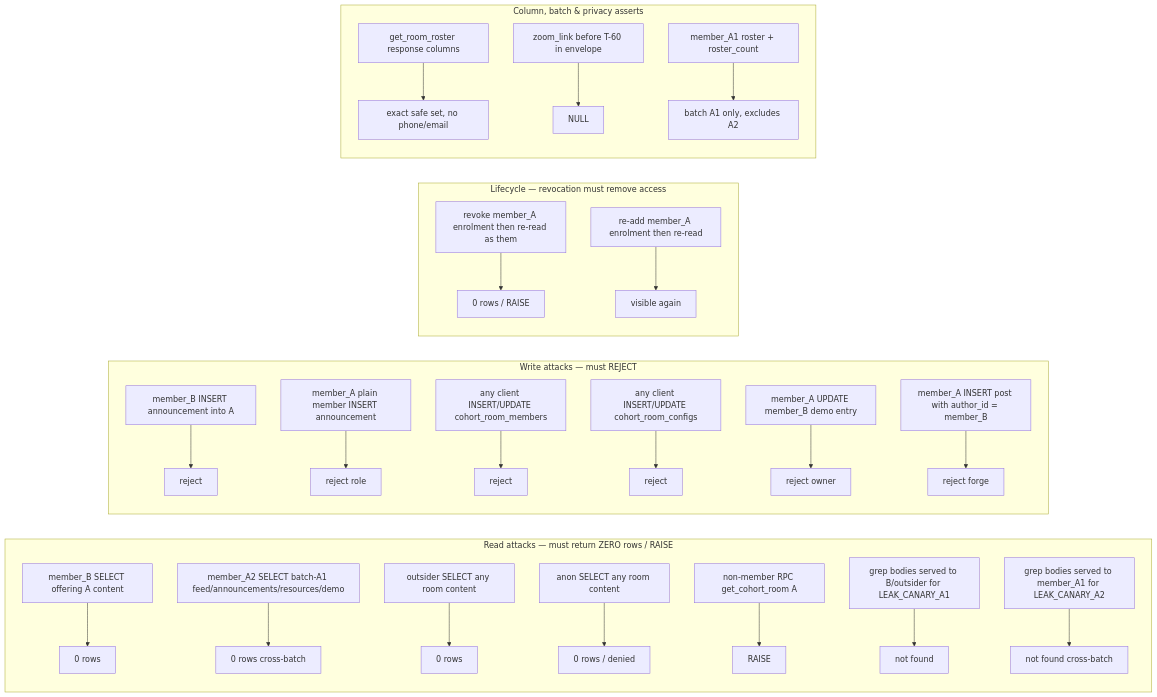
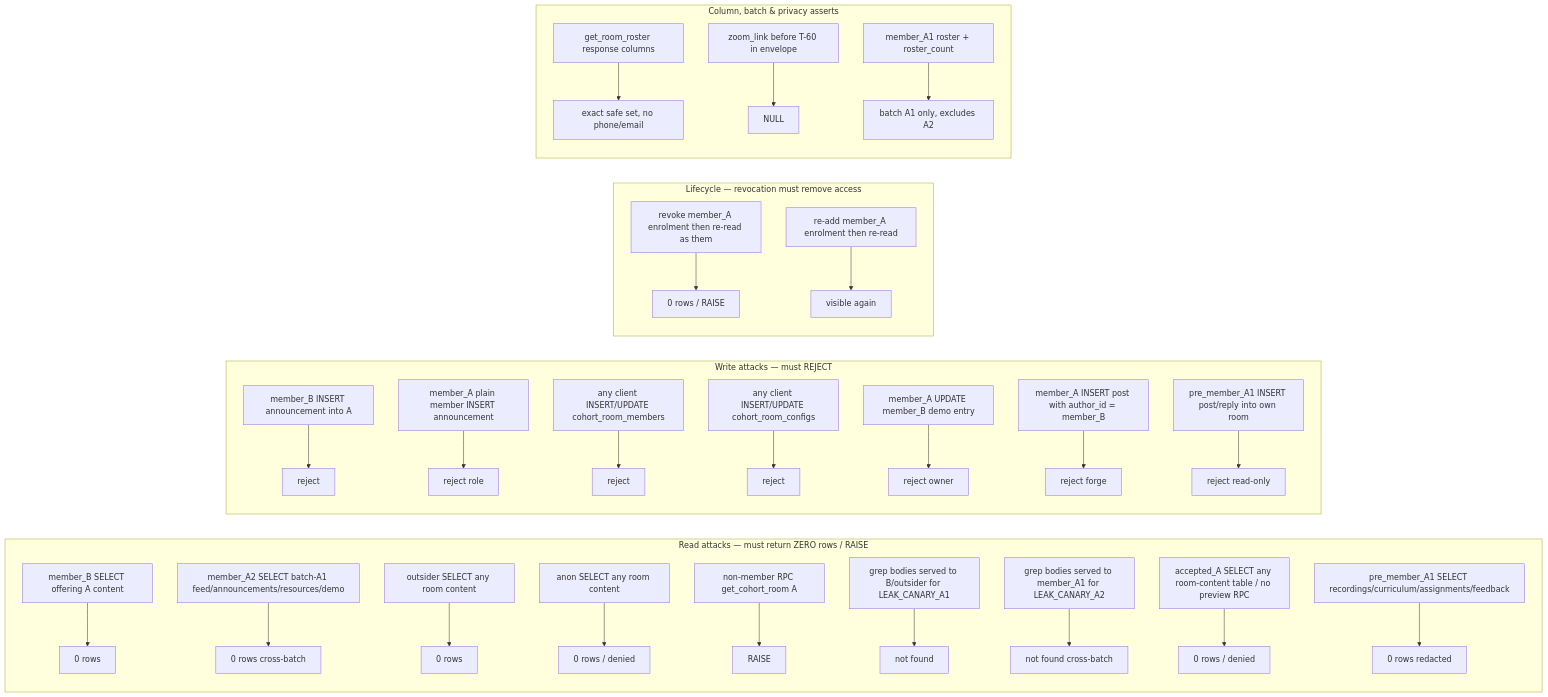
One commit to levelupadmin/LevelUp-Main-App changed the fourth of 4 diagrams in design/cohorts/docs/05-ACCESS-SECURITY.md. Above: the diagram before and after it, drawn with Mermaid. The commit also changed other lines of this file and 4 other files, not shown here.

First line of the commit message:
docs(cohorts): rule MEMBER-1 — three-tier room access; kill the accepted-preview path

````diff
--- a/design/cohorts/docs/05-ACCESS-SECURITY.md
+++ b/design/cohorts/docs/05-ACCESS-SECURITY.md
@@ -381,29 +395,32 @@
 ```mermaid
 flowchart LR
     subgraph READ["Read attacks — must return ZERO rows / RAISE"]
         A1[member_B SELECT offering A content] --> X1[0 rows]
         A2[member_A2 SELECT batch-A1 feed/announcements/resources/demo] --> X2[0 rows cross-batch]
         A3[outsider SELECT any room content] --> X3[0 rows]
         A4[anon SELECT any room content] --> X4[0 rows / denied]
         A5[non-member RPC get_cohort_room A] --> X5[RAISE]
         A6[grep bodies served to B/outsider for LEAK_CANARY_A1] --> X6[not found]
         A7[grep bodies served to member_A1 for LEAK_CANARY_A2] --> X7[not found cross-batch]
+        A8[accepted_A SELECT any room-content table / no preview RPC] --> X8[0 rows / denied]
+        A9[pre_member_A1 SELECT recordings/curriculum/assignments/feedback] --> X9[0 rows redacted]
     end
     subgraph WRITE["Write attacks — must REJECT"]
         W1[member_B INSERT announcement into A] --> Y1[reject]
         W2[member_A plain member INSERT announcement] --> Y2[reject role]
         W3[any client INSERT/UPDATE cohort_room_members] --> Y3[reject]
         W4[any client INSERT/UPDATE cohort_room_configs] --> Y4[reject]
         W5[member_A UPDATE member_B demo entry] --> Y5[reject owner]
         W6[member_A INSERT post with author_id = member_B] --> Y6[reject forge]
+        W6b[pre_member_A1 INSERT post/reply into own room] --> Y6b[reject read-only]
     end
     subgraph LIFECYCLE["Lifecycle — revocation must remove access"]
         L1[revoke member_A enrolment then re-read as them] --> V1[0 rows / RAISE]
         L2[re-add member_A enrolment then re-read] --> V2[visible again]
     end
     subgraph COLUMN["Column, batch & privacy asserts"]
         C1[get_room_roster response columns] --> Z1[exact safe set, no phone/email]
         C2[zoom_link before T-60 in envelope] --> Z2[NULL]
         C3[member_A1 roster + roster_count] --> Z3[batch A1 only, excludes A2]
     end
 ```
````
